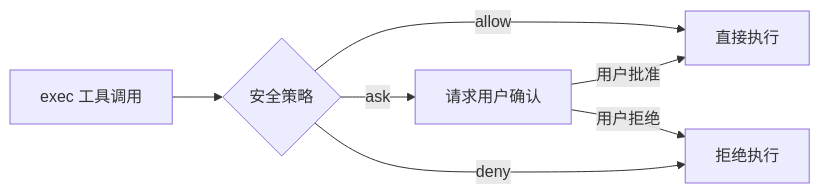
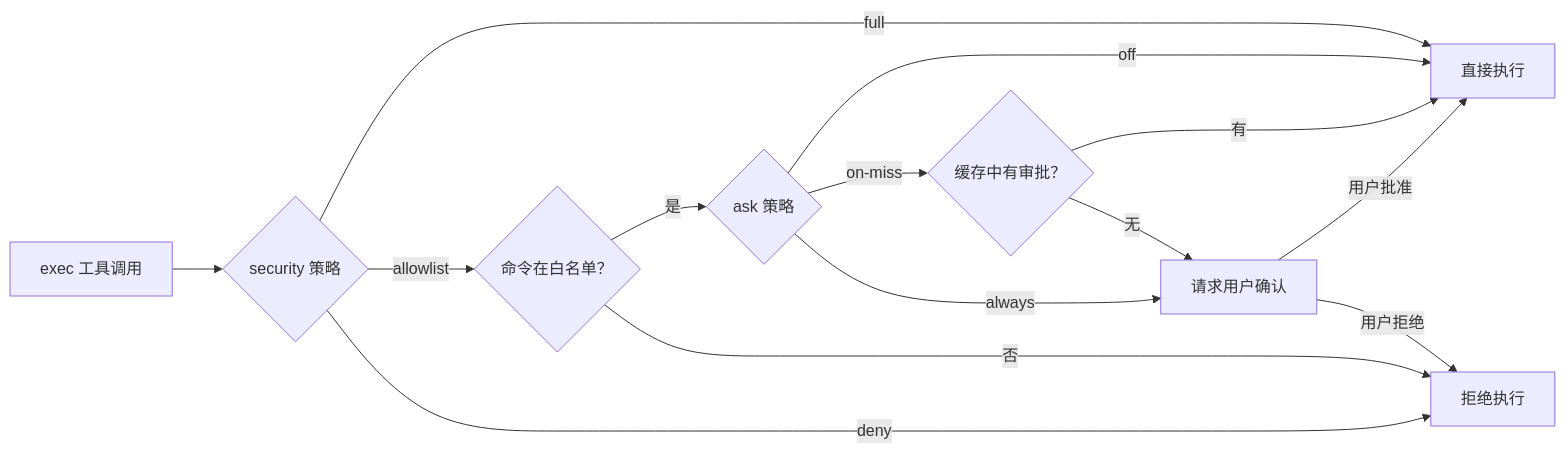
One commit to Cleam/openclaw changed the second of 4 diagrams in learn/11-tools.md. Above: the diagram before and after it, drawn with Mermaid. The commit also changed other lines of this file and 6 other files, not shown here.

````diff
--- a/learn/11-tools.md
+++ b/learn/11-tools.md
@@ -93,9 +93,16 @@
 ```mermaid
 flowchart LR
-    EXEC[exec 工具调用] --> POLICY{安全策略}
-    POLICY -->|allow| RUN[直接执行]
-    POLICY -->|ask| PROMPT[请求用户确认]
-    POLICY -->|deny| BLOCK[拒绝执行]
+    EXEC[exec 工具调用] --> SEC{security 策略}
+    SEC -->|full| RUN[直接执行]
+    SEC -->|allowlist| CHECK{命令在白名单？}
+    SEC -->|deny| BLOCK[拒绝执行]
+    CHECK -->|是| ASK{ask 策略}
+    CHECK -->|否| BLOCK
+    ASK -->|off| RUN
+    ASK -->|on-miss| CACHE{缓存中有审批？}
+    ASK -->|always| PROMPT[请求用户确认]
+    CACHE -->|有| RUN
+    CACHE -->|无| PROMPT
     PROMPT -->|用户批准| RUN
     PROMPT -->|用户拒绝| BLOCK
 ```
````
